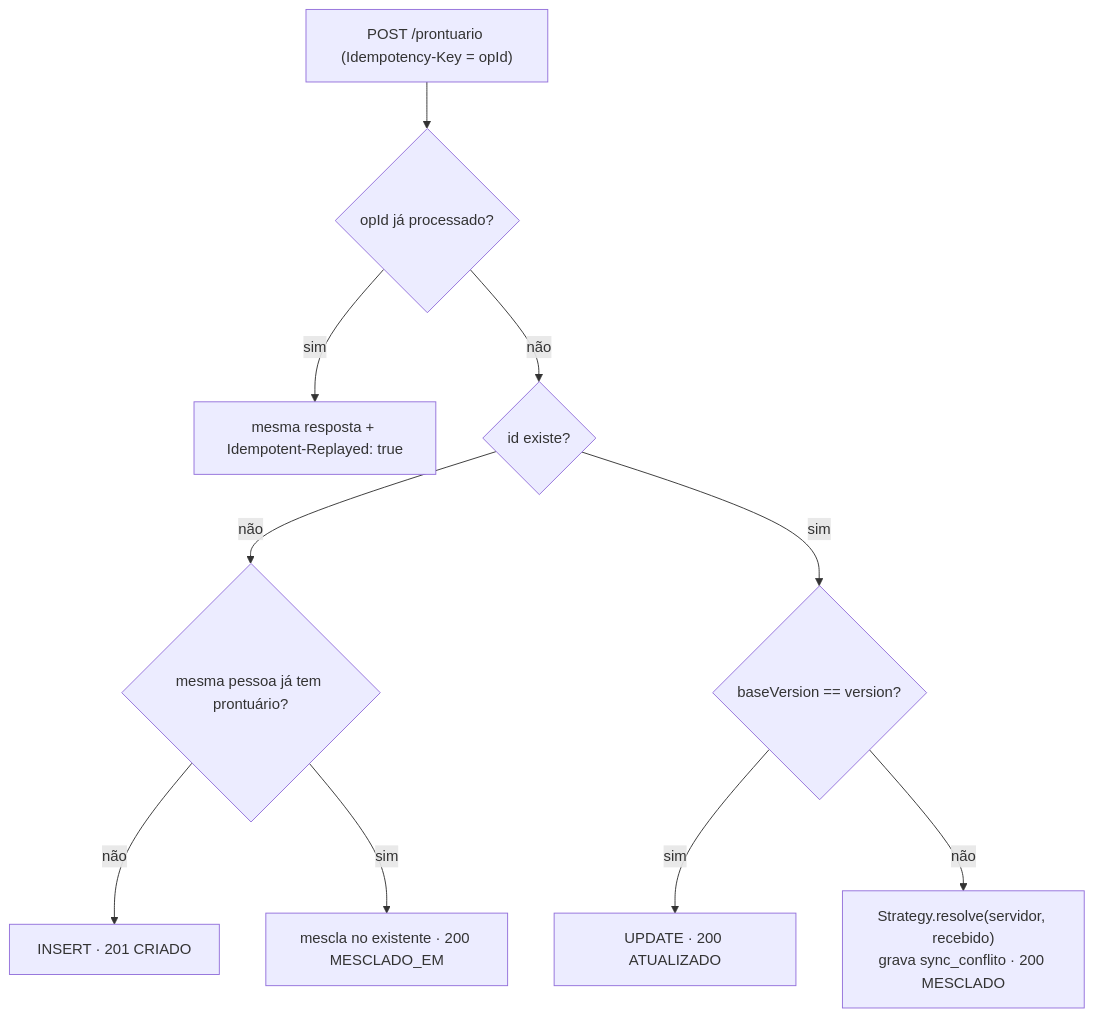
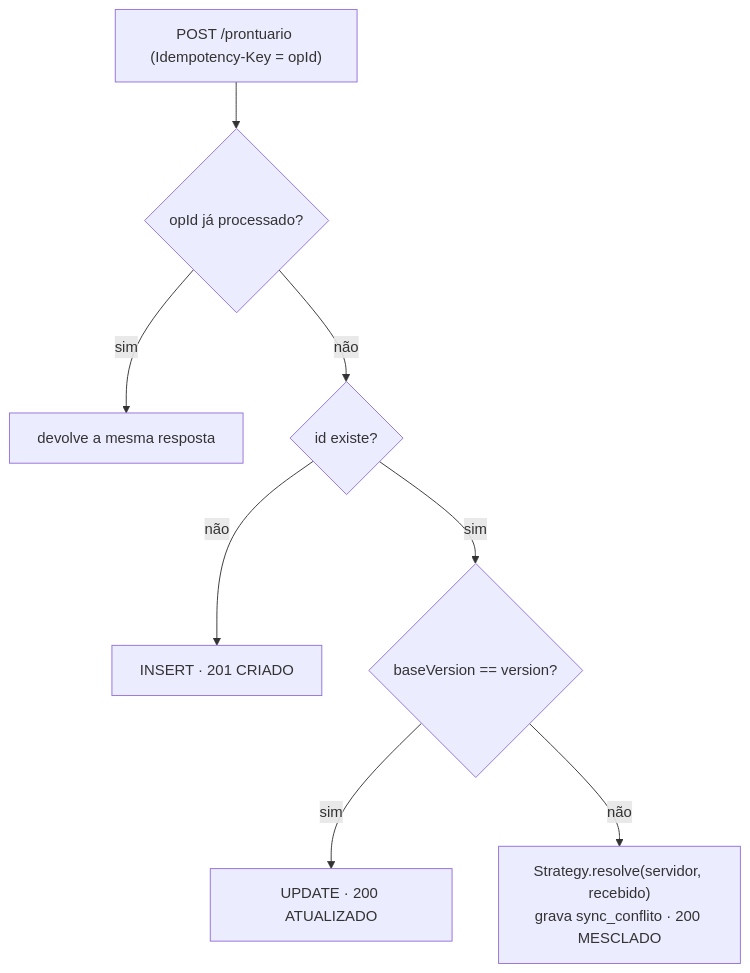
The second of 3 diagrams in docs/03-sincronizacao-offline.md (joaogehlen/MedicalField), drawn with Mermaid before and after one commit. The commit also changed other lines of this file and 40 other files, not shown here.

````diff
--- a/docs/03-sincronizacao-offline.md
+++ b/docs/03-sincronizacao-offline.md
@@ -68,12 +61,10 @@
 ```mermaid
 flowchart TD
     req["POST /prontuario (Idempotency-Key = opId)"] --> idem{"opId já processado?"}
-    idem -- sim --> replay["mesma resposta + Idempotent-Replayed: true"]
+    idem -- sim --> replay["devolve a mesma resposta"]
     idem -- não --> existe{"id existe?"}
-    existe -- não --> dup{"mesma pessoa já tem prontuário?"}
-    dup -- não --> criar["INSERT · 201 CRIADO"]
-    dup -- sim --> mescla_em["mescla no existente · 200 MESCLADO_EM"]
+    existe -- não --> criar["INSERT · 201 CRIADO"]
     existe -- sim --> base{"baseVersion == version?"}
     base -- sim --> atualizar["UPDATE · 200 ATUALIZADO"]
     base -- não --> strategy["Strategy.resolve(servidor, recebido)<br/>grava sync_conflito · 200 MESCLADO"]
 ```
````
